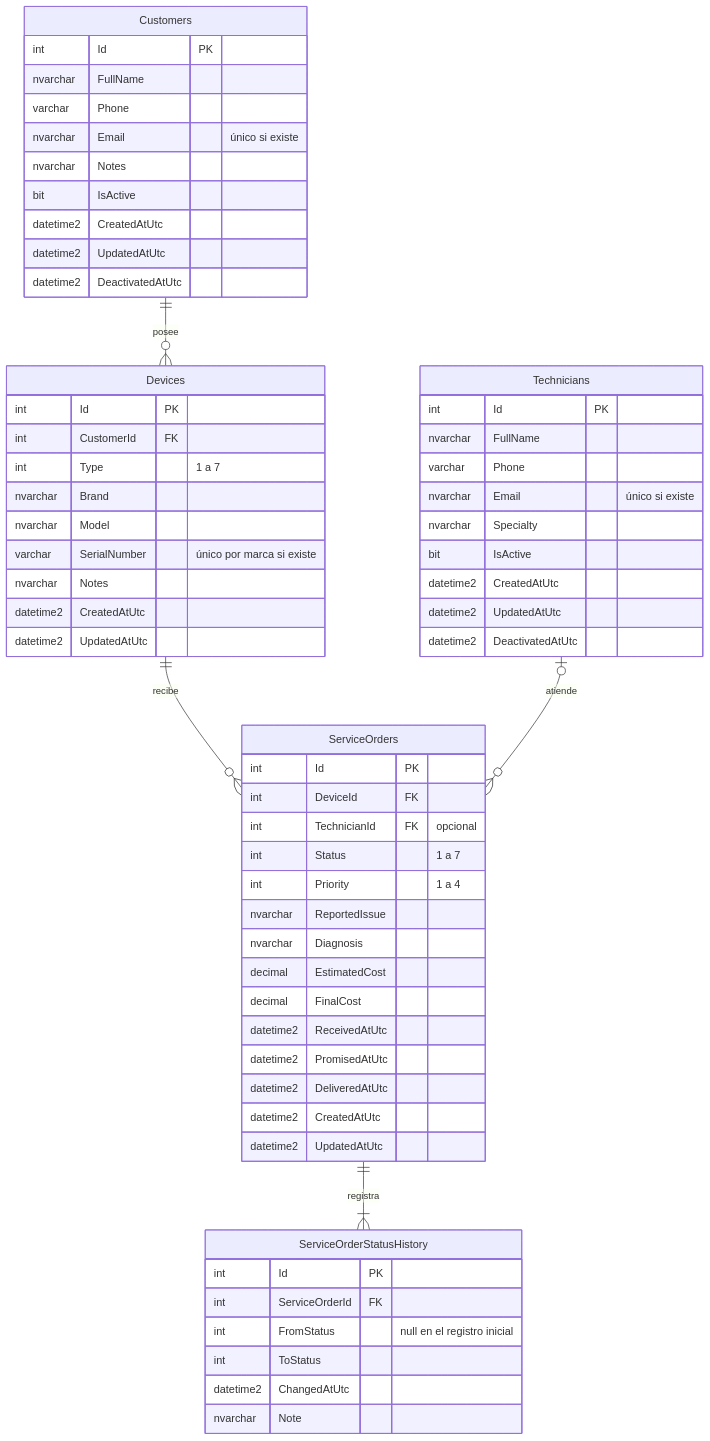
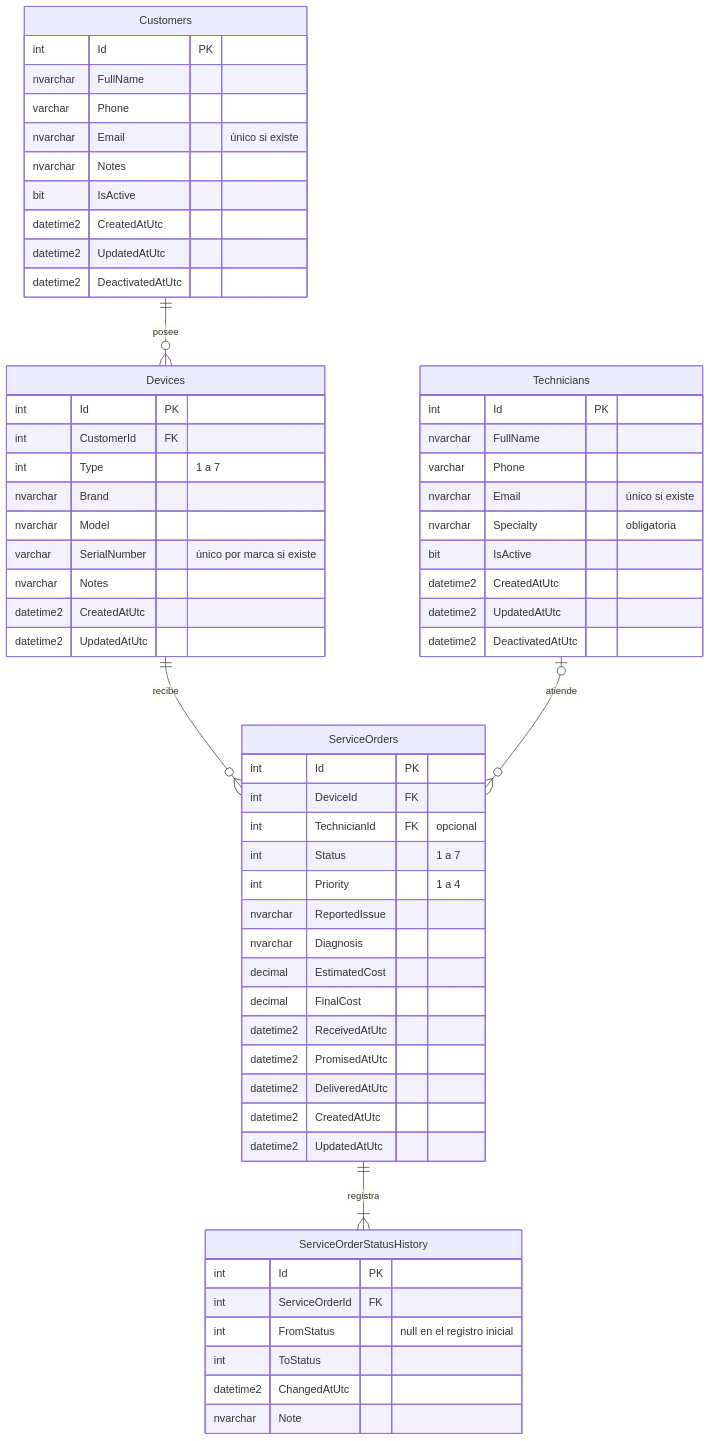
The diagram in docs/modelo-de-datos.md (JJMonzon072/fixtrack), drawn with Mermaid before and after one commit. The commit also changed other lines of this file, not shown here.

````diff
--- a/docs/modelo-de-datos.md
+++ b/docs/modelo-de-datos.md
@@ -11,69 +17,69 @@
 ```mermaid
 erDiagram
     Customers ||--o{ Devices : "posee"
     Devices ||--o{ ServiceOrders : "recibe"
     Technicians |o--o{ ServiceOrders : "atiende"
     ServiceOrders ||--|{ ServiceOrderStatusHistory : "registra"
 
     Customers {
         int Id PK
         nvarchar FullName
         varchar Phone
         nvarchar Email "único si existe"
         nvarchar Notes
         bit IsActive
         datetime2 CreatedAtUtc
         datetime2 UpdatedAtUtc
         datetime2 DeactivatedAtUtc
     }
 
     Devices {
         int Id PK
         int CustomerId FK
         int Type "1 a 7"
         nvarchar Brand
         nvarchar Model
         varchar SerialNumber "único por marca si existe"
         nvarchar Notes
         datetime2 CreatedAtUtc
         datetime2 UpdatedAtUtc
     }
 
     Technicians {
         int Id PK
         nvarchar FullName
         varchar Phone
         nvarchar Email "único si existe"
-        nvarchar Specialty
+        nvarchar Specialty "obligatoria"
         bit IsActive
         datetime2 CreatedAtUtc
         datetime2 UpdatedAtUtc
         datetime2 DeactivatedAtUtc
     }
 
     ServiceOrders {
         int Id PK
         int DeviceId FK
         int TechnicianId FK "opcional"
         int Status "1 a 7"
         int Priority "1 a 4"
         nvarchar ReportedIssue
         nvarchar Diagnosis
         decimal EstimatedCost
         decimal FinalCost
         datetime2 ReceivedAtUtc
         datetime2 PromisedAtUtc
         datetime2 DeliveredAtUtc
         datetime2 CreatedAtUtc
         datetime2 UpdatedAtUtc
     }
 
     ServiceOrderStatusHistory {
         int Id PK
         int ServiceOrderId FK
         int FromStatus "null en el registro inicial"
         int ToStatus
         datetime2 ChangedAtUtc
         nvarchar Note
     }
 ```
````
